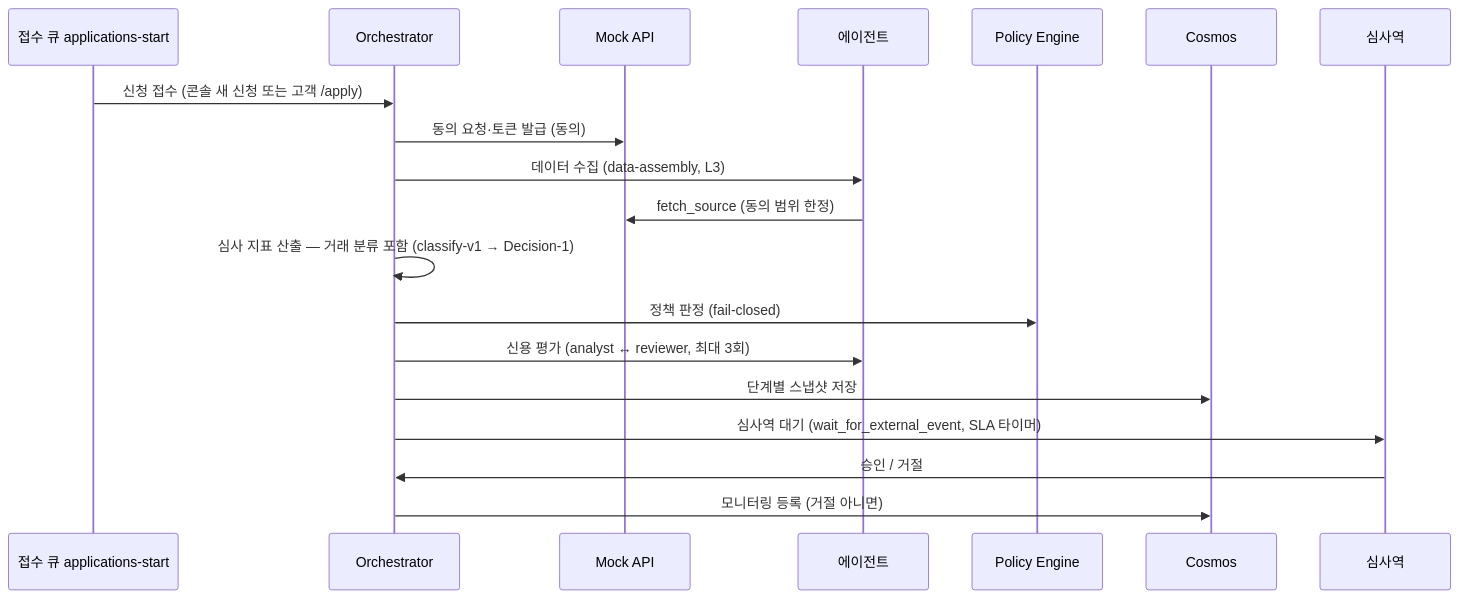
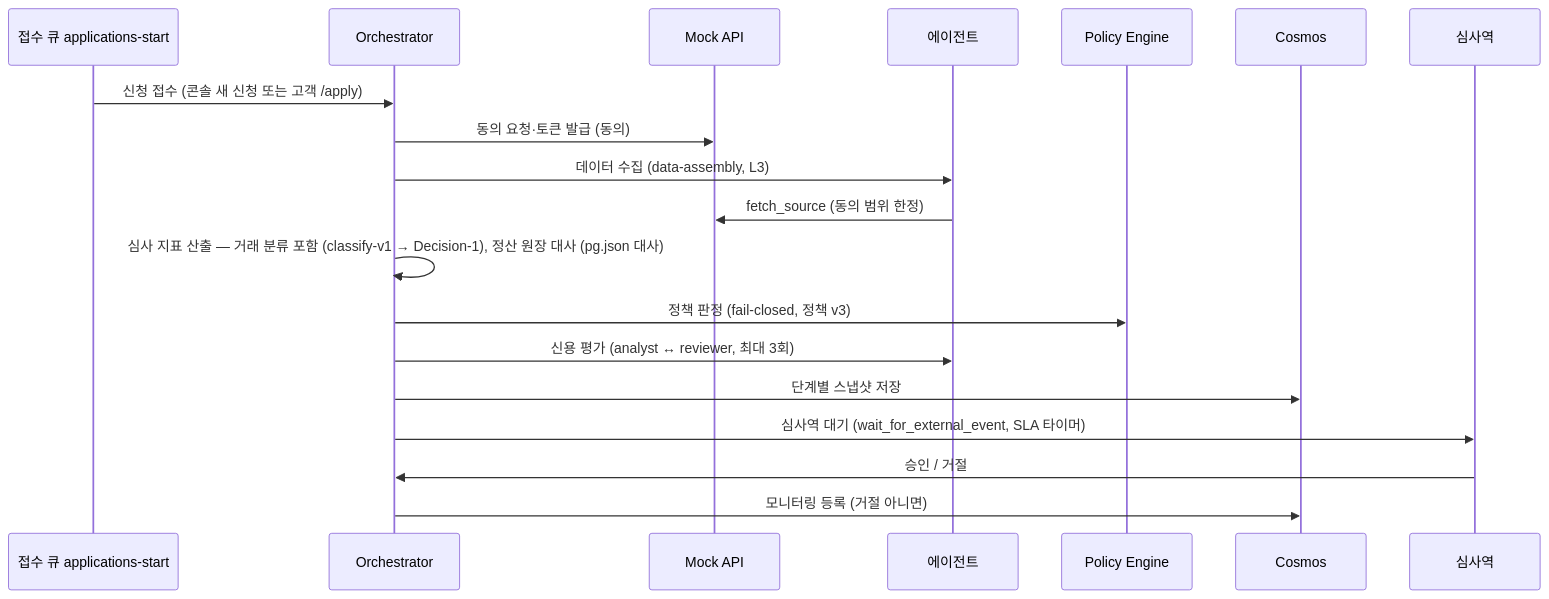
One commit to freeman9844/ms-ama-04 changed the fourth of 5 diagrams in docs/architecture.md. Above: the diagram before and after it, drawn with Mermaid. The commit also changed other lines of this file and 5 other files, not shown here.

````diff
--- a/docs/architecture.md
+++ b/docs/architecture.md
@@ -163,21 +163,21 @@
 ```mermaid
 sequenceDiagram
   participant Q as 접수 큐 applications-start
   participant O as Orchestrator
   participant M as Mock API
   participant A as 에이전트
   participant P as Policy Engine
   participant C as Cosmos
   participant U as 심사역
   Q->>O: 신청 접수 (콘솔 새 신청 또는 고객 /apply)
   O->>M: 동의 요청·토큰 발급 (동의)
   O->>A: 데이터 수집 (data-assembly, L3)
   A->>M: fetch_source (동의 범위 한정)
-  O->>O: 심사 지표 산출 — 거래 분류 포함 (classify-v1 → Decision-1)
-  O->>P: 정책 판정 (fail-closed)
+  O->>O: 심사 지표 산출 — 거래 분류 포함 (classify-v1 → Decision-1), 정산 원장 대사 (pg.json 대사)
+    O->>P: 정책 판정 (fail-closed, 정책 v3)
   O->>A: 신용 평가 (analyst ↔ reviewer, 최대 3회)
   O->>C: 단계별 스냅샷 저장
   O->>U: 심사역 대기 (wait_for_external_event, SLA 타이머)
   U->>O: 승인 / 거절
   O->>C: 모니터링 등록 (거절 아니면)
 ```
````
